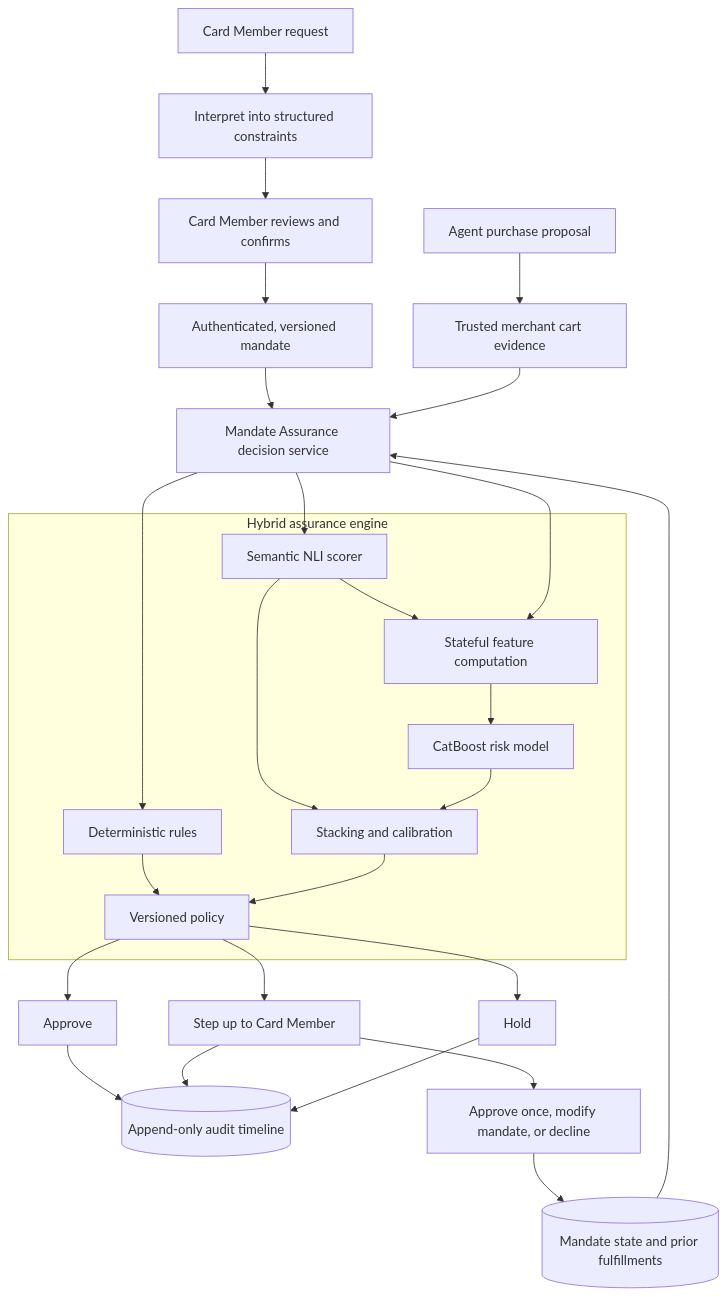
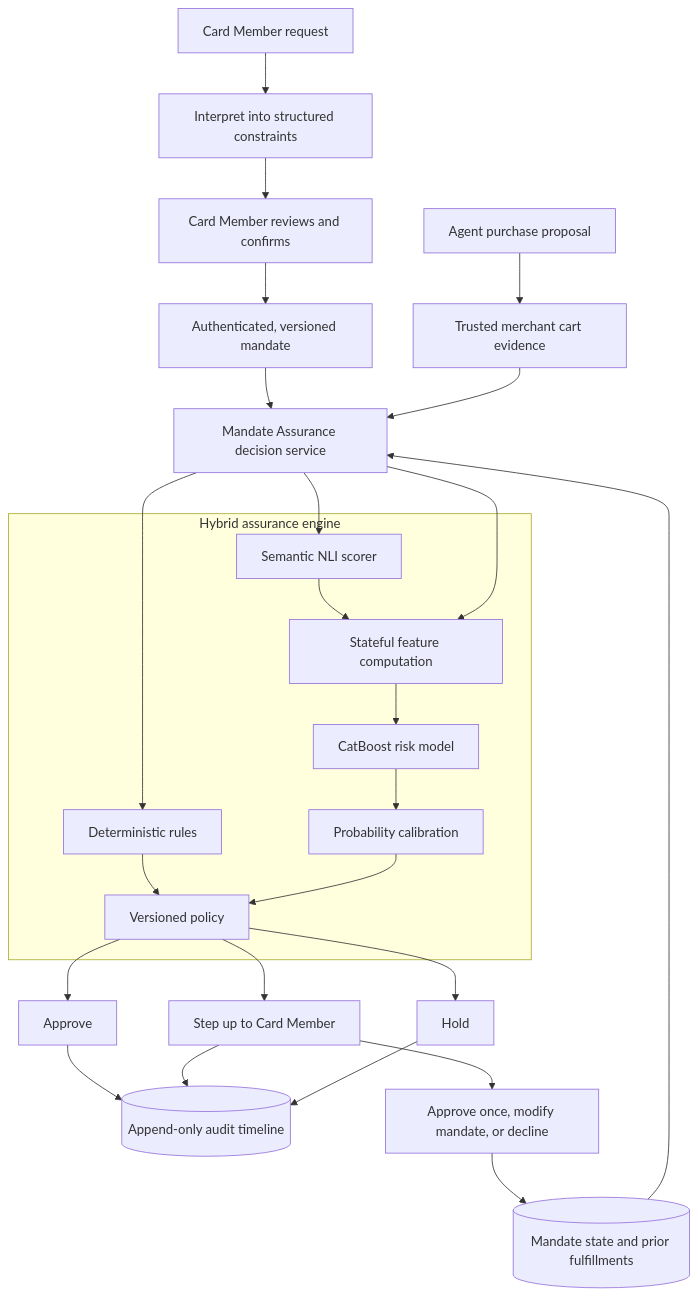
One commit to Aaryan126/AMEX_Mandate_Assurance changed the diagram in README.md. Above: the diagram before and after it, drawn with Mermaid. The commit also changed other lines of this file and 70 other files, not shown here.

````diff
--- a/README.md
+++ b/README.md
@@ -65,39 +65,38 @@
 ```mermaid
 flowchart TD
     CM[Card Member request] --> INTERPRET[Interpret into structured constraints]
     INTERPRET --> CONFIRM[Card Member reviews and confirms]
     CONFIRM --> MANDATE[Authenticated, versioned mandate]
 
     AGENT[Agent purchase proposal] --> CART[Trusted merchant cart evidence]
     MANDATE --> DECISION[Mandate Assurance decision service]
     CART --> DECISION
     STATE[(Mandate state and prior fulfillments)] --> DECISION
 
     subgraph ENGINE[Hybrid assurance engine]
         RULES[Deterministic rules]
         NLI[Semantic NLI scorer]
         FEATURES[Stateful feature computation]
         CAT[CatBoost risk model]
-        FUSION[Stacking and calibration]
+        CAL[Probability calibration]
         POLICY[Versioned policy]
         RULES --> POLICY
         NLI --> FEATURES
         FEATURES --> CAT
-        NLI --> FUSION
-        CAT --> FUSION
-        FUSION --> POLICY
+        CAT --> CAL
+        CAL --> POLICY
     end
 
     DECISION --> RULES
     DECISION --> NLI
     DECISION --> FEATURES
     POLICY --> APPROVE[Approve]
     POLICY --> STEPUP[Step up to Card Member]
     POLICY --> HOLD[Hold]
 
     APPROVE --> AUDIT[(Append-only audit timeline)]
     STEPUP --> AUDIT
     HOLD --> AUDIT
     STEPUP --> RESOLVE[Approve once, modify mandate, or decline]
     RESOLVE --> STATE
 ```
````
